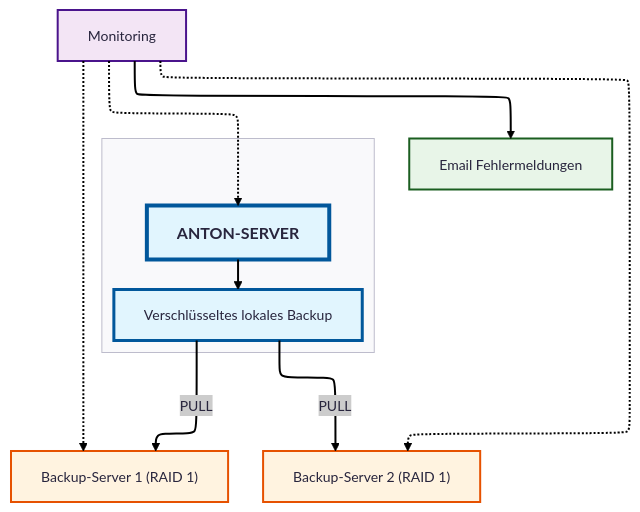
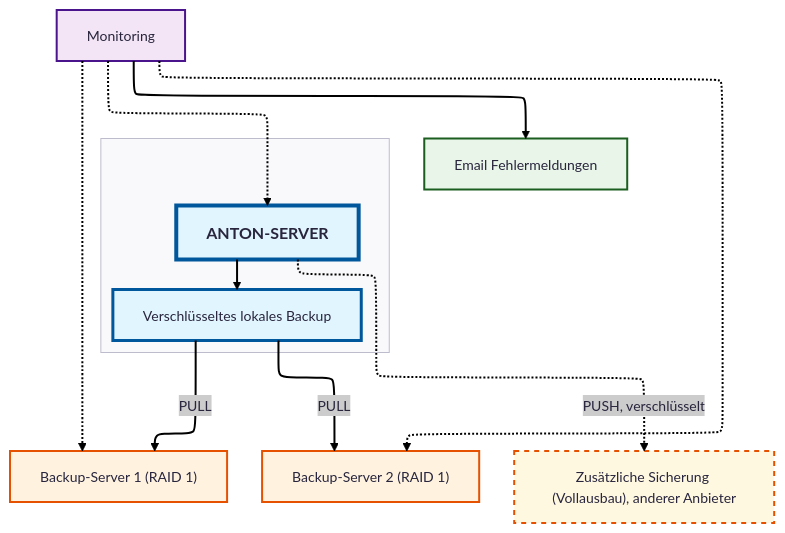
One commit to kraenzle-ritter/anton-documentation changed the diagram in docs/faq/infrastructure.md. Above: the diagram before and after it, drawn with Mermaid. The commit also changed other lines of this file and 11 other files, not shown here.

````diff
--- a/docs/faq/infrastructure.md
+++ b/docs/faq/infrastructure.md
@@ -3,40 +3,43 @@
 ```mermaid
 ---
 config:
   theme: redux
   layout: elk
 ---
 flowchart TB
     subgraph prod[" "]
         U["ANTON-SERVER"]
         UB[Verschlüsseltes lokales Backup]
     end
 
     A["Backup-Server 1 (RAID 1)"]
     L["Backup-Server 2 (RAID 1)"]
     G[Monitoring]
     E[Email Fehlermeldungen]
     %% Backup-Verbindungen
     U --> UB
     UB -->|PULL| A
     UB -->|PULL| L
+    U -.->|PUSH, verschlüsselt| Z["Zusätzliche Sicherung (Vollausbau), anderer Anbieter"]
     
     %% Überwachung
     G -.-> U
     G -.-> A
     G -.-> L
     G --> E
     
     %% Styling
     classDef production fill:#e1f5fe,stroke:#01579b,stroke-width:3px
     classDef backup fill:#fff3e0,stroke:#e65100,stroke-width:2px
+    classDef extra fill:#fff8e1,stroke:#e65100,stroke-width:2px,stroke-dasharray: 5 5
     classDef monitoring fill:#f3e5f5,stroke:#4a148c,stroke-width:2px
     classDef notification fill:#e8f5e8,stroke:#1b5e20,stroke-width:2px
     classDef main fill:#e1f5fe,stroke:#01579b,stroke-width:4px,font-size:16px,font-weight:bold
     
     class UB production
     class A,L backup
+    class Z extra
     class G monitoring
     class E notification
     class U main
 ```
````
